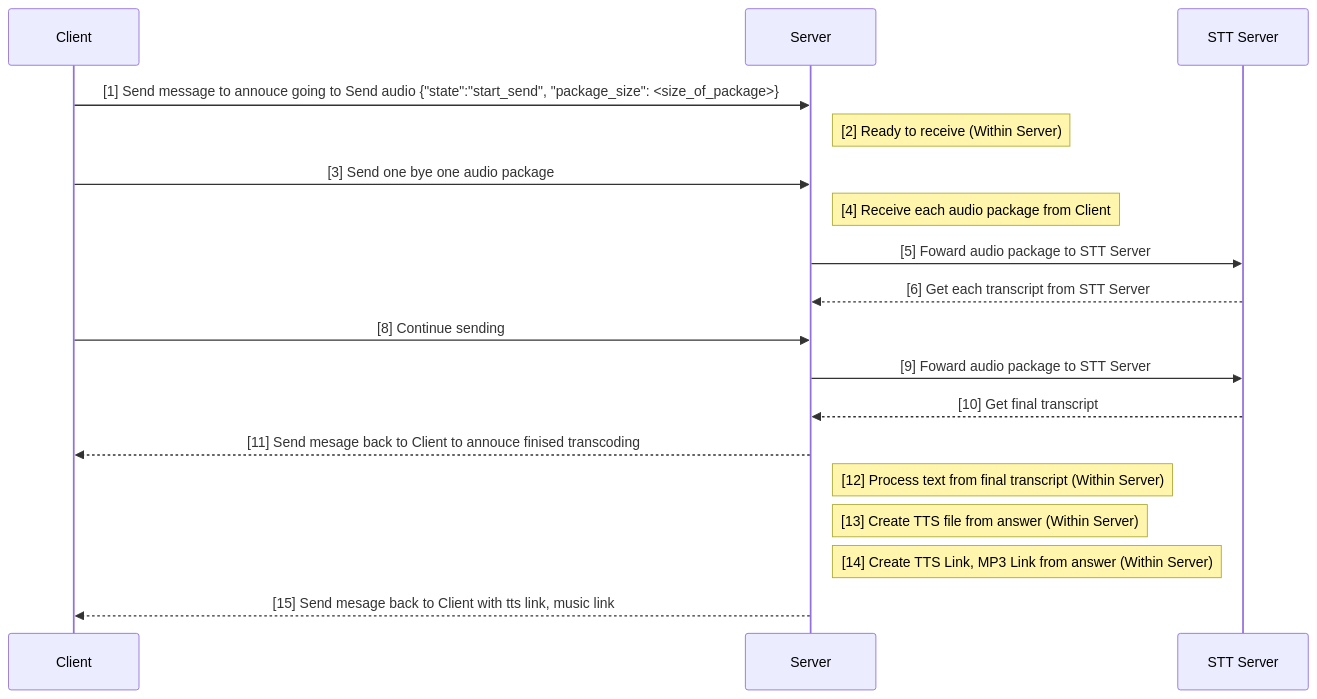
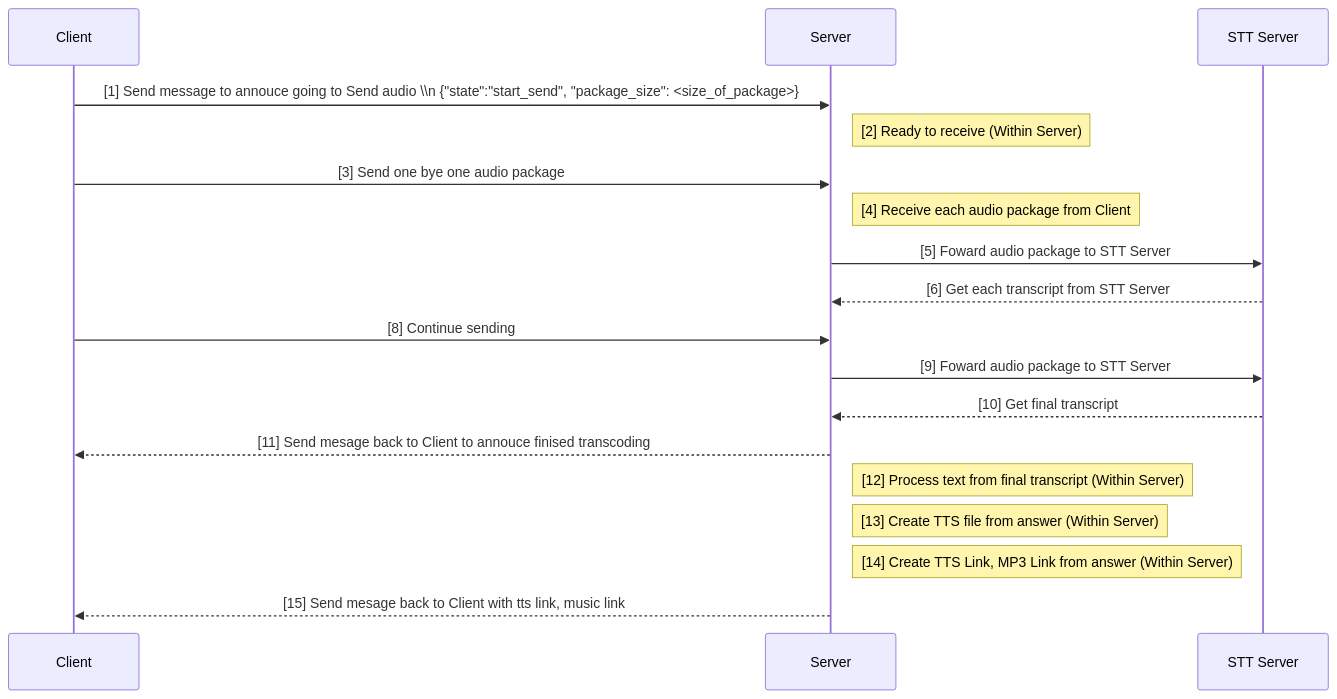
Before and after one commit to phanmemkhoinghiep/vietbot_server: the diagram in README.md, drawn with Mermaid.

````diff
--- a/README.md
+++ b/README.md
@@ -3,24 +3,24 @@
 ```mermaid
 sequenceDiagram
     participant Client
     participant Server
     participant STTServer as STT Server
-    Client->>Server: [1] Send message to annouce going to Send audio {"state":"start_send", "package_size": <size_of_package>}
+    Client->>Server: [1] Send message to annouce going to Send audio \\n {"state":"start_send", "package_size": <size_of_package>}
     Note right of Server: [2] Ready to receive (Within Server)
     Client->>Server: [3] Send one bye one audio package
     Note right of Server: [4] Receive each audio package from Client
     Server->>STTServer: [5] Foward audio package to STT Server
 
     STTServer-->>Server: [6] Get each transcript from STT Server
 
     Client->>Server: [8] Continue sending
     Server->>STTServer: [9] Foward audio package to STT Server
 
     STTServer-->>Server: [10] Get final transcript
     Server-->>Client: [11] Send mesage back to Client to annouce finised transcoding
     Note right of Server: [12] Process text from final transcript (Within Server)
     Note right of Server: [13] Create TTS file from answer (Within Server)
     Note right of Server: [14] Create TTS Link, MP3 Link from answer (Within Server)
 
     Server-->>Client: [15] Send mesage back to Client with tts link, music link
 ```
````
